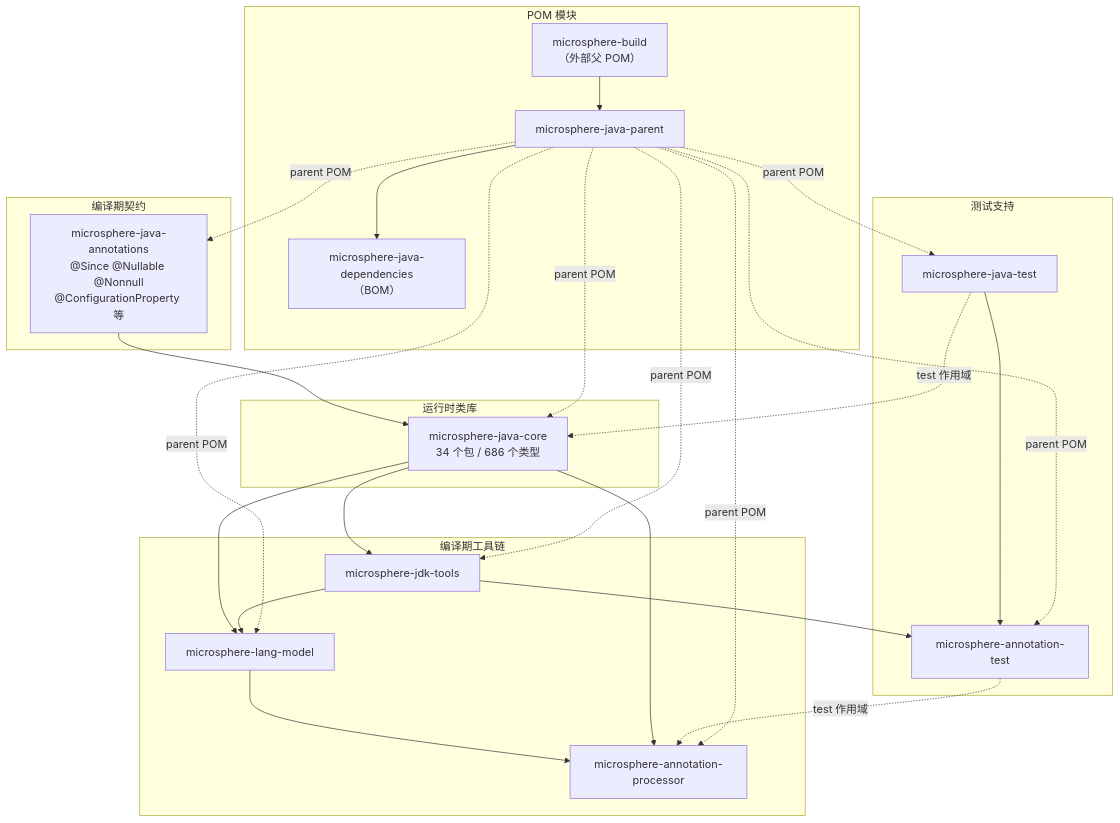
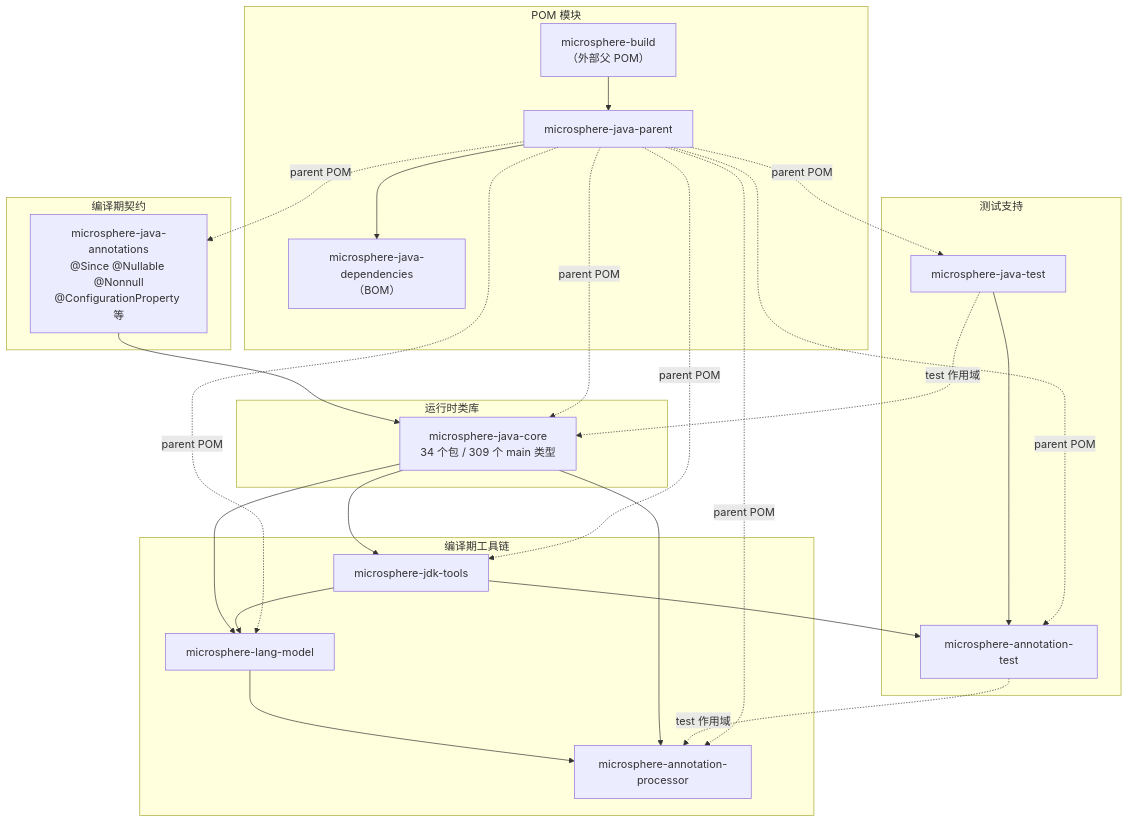
The diagram in docs/zh/README.md (microsphere-projects/microsphere-java), drawn with Mermaid before and after one commit. The commit also changed other lines of this file and 29 other files, not shown here.

````diff
--- a/docs/zh/README.md
+++ b/docs/zh/README.md
@@ -51,48 +51,48 @@
 ```mermaid
 graph TD
     subgraph Build["POM 模块"]
         BUILD["microsphere-build<br/>（外部父 POM）"]
         PARENT["microsphere-java-parent"]
         BOM["microsphere-java-dependencies<br/>（BOM）"]
     end
 
     subgraph Contracts["编译期契约"]
         ANNO["microsphere-java-annotations<br/>@Since @Nullable @Nonnull<br/>@ConfigurationProperty 等"]
     end
 
     subgraph Runtime["运行时类库"]
-        CORE["microsphere-java-core<br/>34 个包 / 686 个类型"]
+        CORE["microsphere-java-core<br/>34 个包 / 309 个 main 类型"]
     end
 
     subgraph Toolchain["编译期工具链"]
         JDKTOOLS["microsphere-jdk-tools"]
         LANGMODEL["microsphere-lang-model"]
         AP["microsphere-annotation-processor"]
     end
 
     subgraph Testing["测试支持"]
         JTEST["microsphere-java-test"]
         ATEST["microsphere-annotation-test"]
     end
 
     PARENT --> BOM
     BUILD --> PARENT
     ANNO --> CORE
     CORE --> JDKTOOLS
     CORE --> LANGMODEL
     JDKTOOLS --> LANGMODEL
     LANGMODEL --> AP
     CORE --> AP
 
     JTEST --> ATEST
     JDKTOOLS --> ATEST
     ATEST -. test 作用域 .-> AP
     JTEST -. test 作用域 .-> CORE
     PARENT -. parent POM .-> ANNO
     PARENT -. parent POM .-> CORE
     PARENT -. parent POM .-> JDKTOOLS
     PARENT -. parent POM .-> LANGMODEL
     PARENT -. parent POM .-> AP
     PARENT -. parent POM .-> JTEST
     PARENT -. parent POM .-> ATEST
 ```
````
